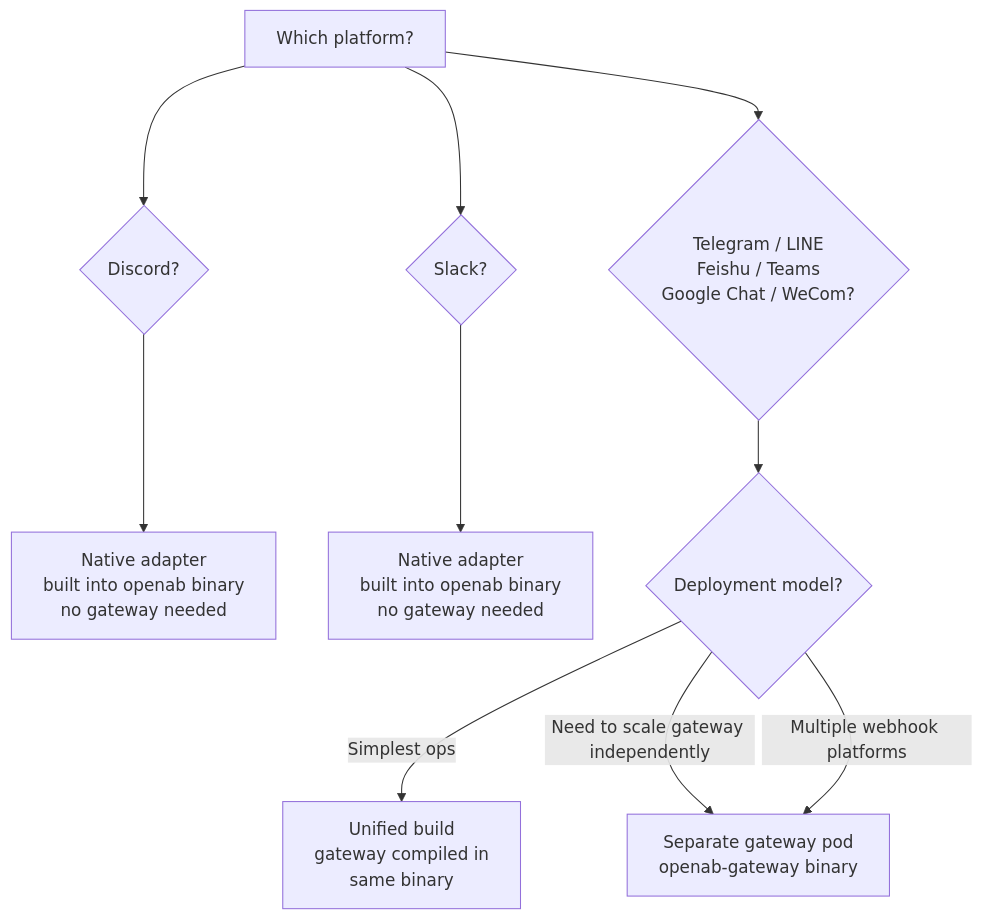
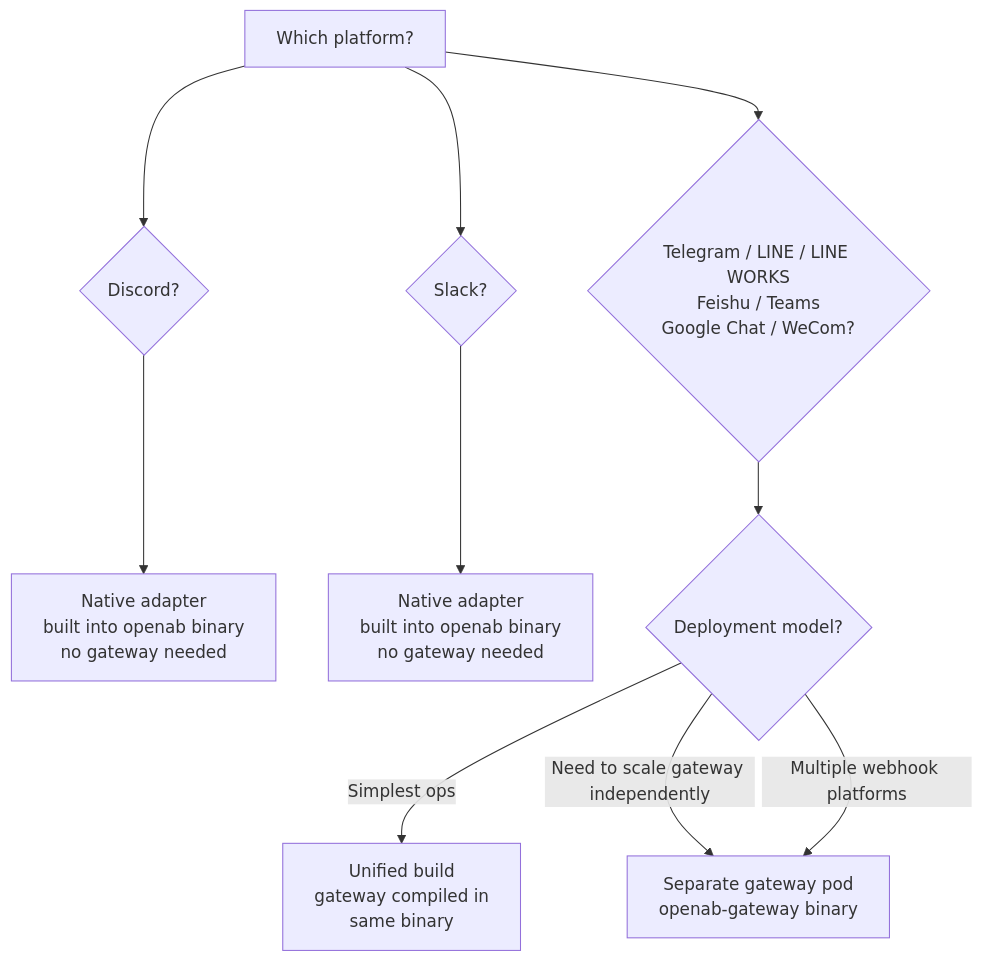
One commit to shaun-agent/openab-map changed the diagram in 04-decision-trees/which-adapter.md. Above: the diagram before and after it, drawn with Mermaid. The commit also changed other lines of this file and 10 other files, not shown here.

First line of the commit message:
sync: openab main @ 3ace7de3 — MCP Facade, browser control, LINE WORKS

````diff
--- a/04-decision-trees/which-adapter.md
+++ b/04-decision-trees/which-adapter.md
@@ -5,14 +5,14 @@
 ```mermaid
 flowchart TD
     PLAT[Which platform?] --> DC{Discord?}
     PLAT --> SL{Slack?}
-    PLAT --> OTHERS{Telegram / LINE\nFeishu / Teams\nGoogle Chat / WeCom?}
+    PLAT --> OTHERS{Telegram / LINE / LINE WORKS\nFeishu / Teams\nGoogle Chat / WeCom?}
 
     DC --> DC_YES[Native adapter\nbuilt into openab binary\nno gateway needed]
     SL --> SL_YES[Native adapter\nbuilt into openab binary\nno gateway needed]
 
     OTHERS --> DEPLOY{Deployment model?}
     DEPLOY -->|Simplest ops| UNIFIED[Unified build\ngateway compiled in\nsame binary]
     DEPLOY -->|Need to scale gateway independently| SPLIT[Separate gateway pod\nopenab-gateway binary]
     DEPLOY -->|Multiple webhook platforms| SPLIT
 ```
````
